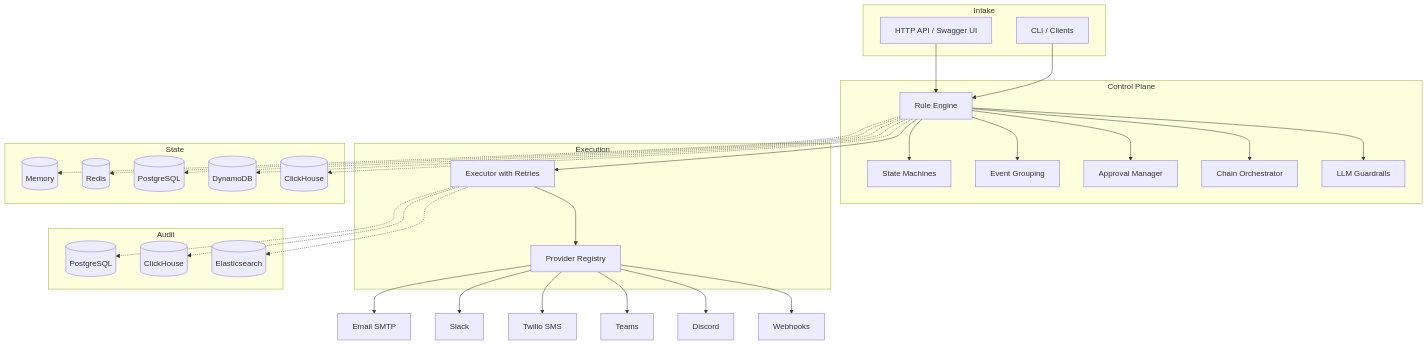
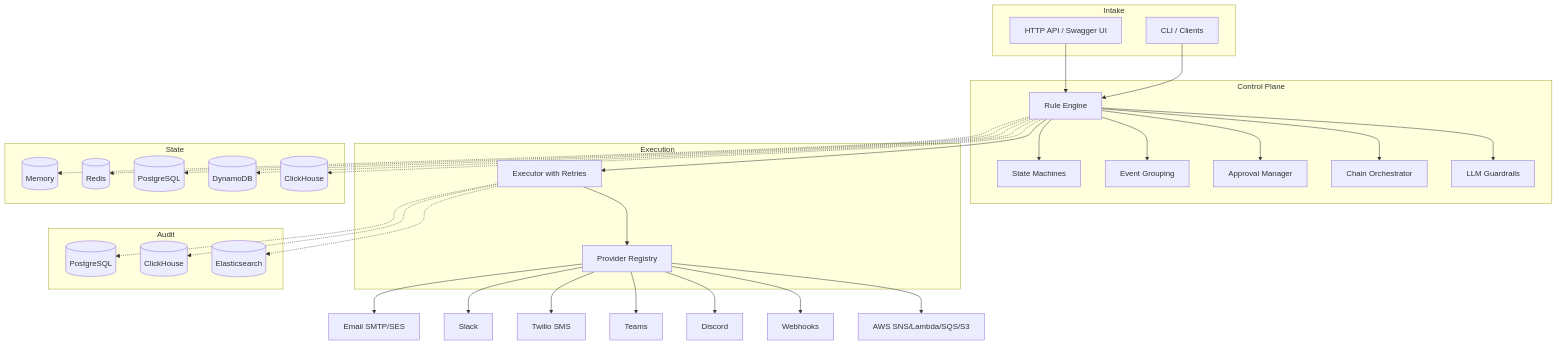
The second of 2 diagrams in docs/book/index.md (penserai/acteon), drawn with Mermaid before and after one commit. The commit also changed other lines of this file and 8 other files, not shown here.

````diff
--- a/docs/book/index.md
+++ b/docs/book/index.md
@@ -206,53 +216,54 @@
 ```mermaid
 graph TB
     subgraph Intake
         API[HTTP API / Swagger UI]
         CLI[CLI / Clients]
     end
 
     subgraph Control Plane
         RE[Rule Engine]
         SM[State Machines]
         GRP[Event Grouping]
         APR[Approval Manager]
         CHN[Chain Orchestrator]
         LLM[LLM Guardrails]
     end
 
     subgraph Execution
         EX[Executor with Retries]
         PROV[Provider Registry]
     end
 
     subgraph State
         MEM[(Memory)]
         RED[(Redis)]
         PG[(PostgreSQL)]
         DDB[(DynamoDB)]
         CH[(ClickHouse)]
     end
 
     subgraph Audit
         AUD_PG[(PostgreSQL)]
         AUD_CH[(ClickHouse)]
         AUD_ES[(Elasticsearch)]
     end
 
     API --> RE
     CLI --> RE
     RE --> SM
     RE --> GRP
     RE --> APR
     RE --> CHN
     RE --> LLM
     RE --> EX
     EX --> PROV
-    PROV --> Email[Email SMTP]
+    PROV --> Email[Email SMTP/SES]
     PROV --> Slack[Slack]
     PROV --> Twilio[Twilio SMS]
     PROV --> Teams[Teams]
     PROV --> Discord[Discord]
     PROV --> WH[Webhooks]
+    PROV --> AWS[AWS SNS/Lambda/SQS/S3]
     RE -.-> MEM & RED & PG & DDB & CH
     EX -.-> AUD_PG & AUD_CH & AUD_ES
 ```
````
